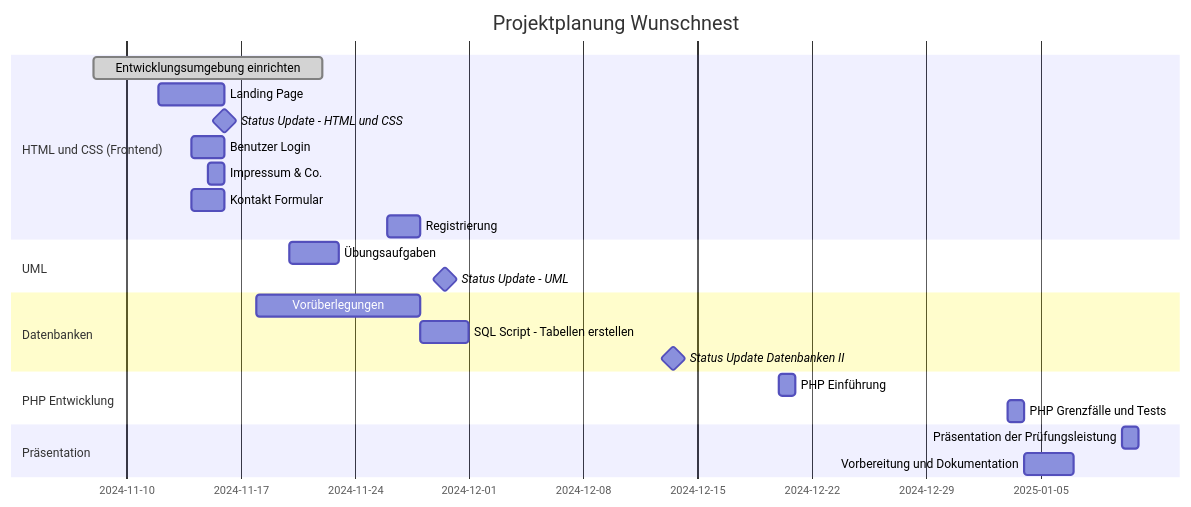
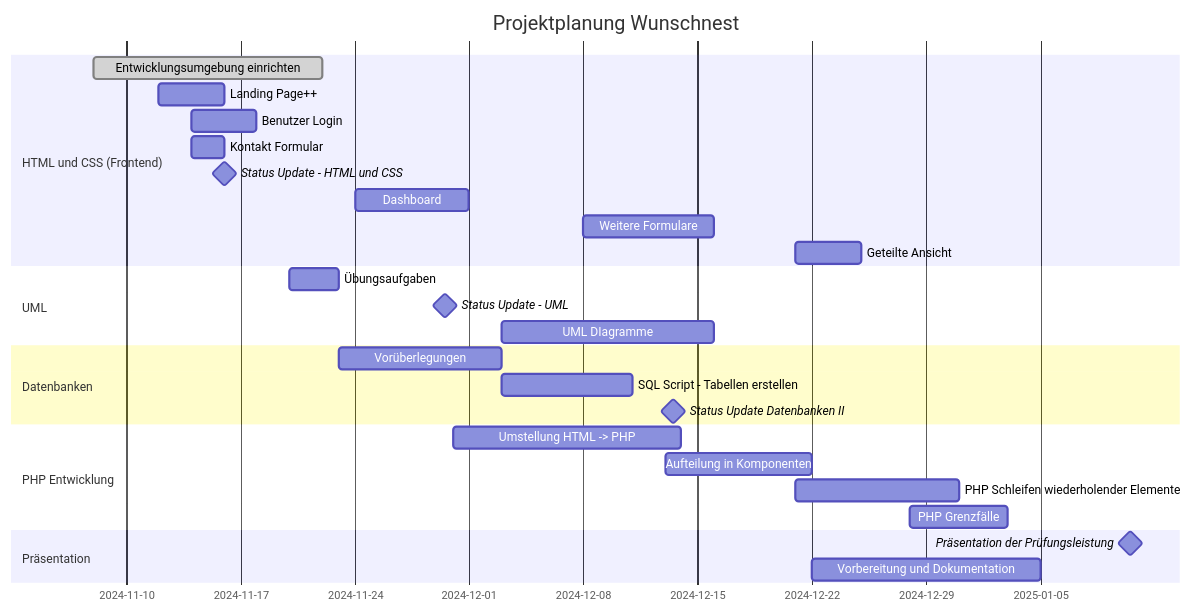
One commit to justMeTimothyG/WiSe-24_25-Grundzuege-der-Wirtschaftsinformatik-Wunschnest changed the diagram in Wunschnest/docs/Projekplanung.md. Above: the diagram before and after it, drawn with Mermaid. The commit also changed other lines of this file and 24 other files, not shown here.

Commit message:
Präsentation Vorbereitung

````diff
--- a/Wunschnest/docs/Projekplanung.md
+++ b/Wunschnest/docs/Projekplanung.md
@@ -24,26 +24,30 @@
 ```mermaid
 gantt
     title Projektplanung Wunschnest
     dateFormat  YYYY-MM-DD
     section HTML und CSS (Frontend)
     Entwicklungsumgebung einrichten :done , t1_1, 2024-11-08, 14d
-    Landing Page               :t2_1, 2024-11-12, 4d
+    Landing Page++               :t2_1, 2024-11-12, 4d
+    Benutzer Login        :t2_2, 2024-11-14, 4d
+    Kontakt Formular        :t2_2, 2024-11-14, 2d
     Status Update - HTML und CSS               :milestone, t2, 2024-11-15, 2d
-    Benutzer Login        :t2_2, 2024-11-14, 2d
-    Impressum & Co.         :t2_2, 2024-11-15, 1d
-    Kontakt Formular        :t2_2, 2024-11-14, 2d
-    Registrierung        :t2_2, 2024-11-26, 2d
+    Dashboard         :t2_2, 2024-11-24, 7d
+    Weitere Formulare        :t2_2, 2024-12-08, 8d
+    Geteilte Ansicht        :t2_2, 2024-12-21, 4d
     section UML
     Übungsaufgaben  :t4_1, 2024-11-20, 3d
     Status Update - UML                        :milestone, t4, 2024-11-29, 1d
+    UML DIagramme  :t4_1, 2024-12-03, 13d
     section Datenbanken
-    Vorüberlegungen                    :t5, 2024-11-18, 10d
-    SQL Script - Tabellen erstellen             :t5_1, after t5, 3d
+    Vorüberlegungen                    :t5, 2024-11-23, 10d
+    SQL Script - Tabellen erstellen             :t5_1, after t5, 8d
     Status Update Datenbanken II             :milestone, t6, 2024-12-13, 1d
     section PHP Entwicklung
-    PHP Einführung                            :t7, 2024-12-20, 1d
-    PHP Grenzfälle und Tests                  :t8, 2025-01-03, 1d
+    Umstellung HTML -> PHP                            :t7, 2024-11-30, 14d
+    Aufteilung in Komponenten                   :t7.1, 2024-12-13, 9d
+    PHP Schleifen wiederholender Elemente                  :t8, 2024-12-21, 10d
+    PHP Grenzfälle                  :t8.1, 2024-12-28, 6d
     section Präsentation
-    Präsentation der Prüfungsleistung         :t9, 2025-01-10, 1d
-    Vorbereitung und Dokumentation            :t9_1, after t8, 3d
+    Präsentation der Prüfungsleistung         :milestone, 2025-01-10, 1d
+    Vorbereitung und Dokumentation            :t9_1, 2024-12-22, 14d
 ```
````
